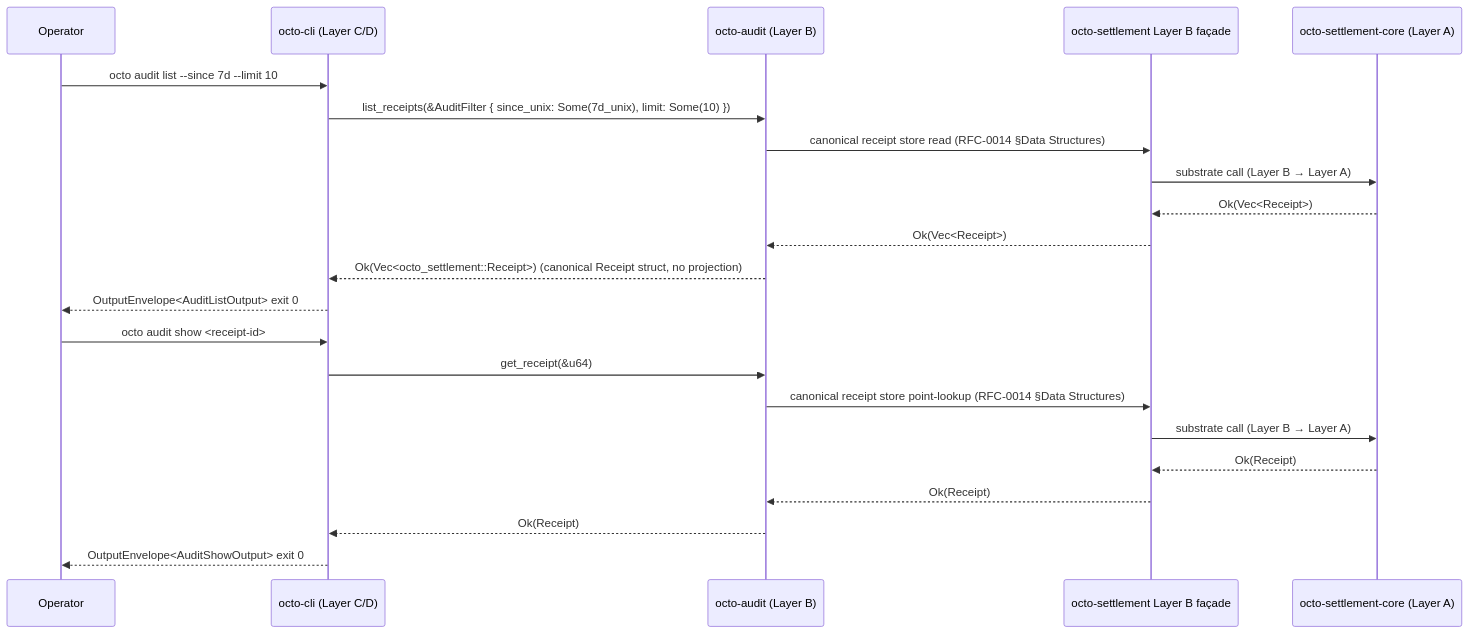
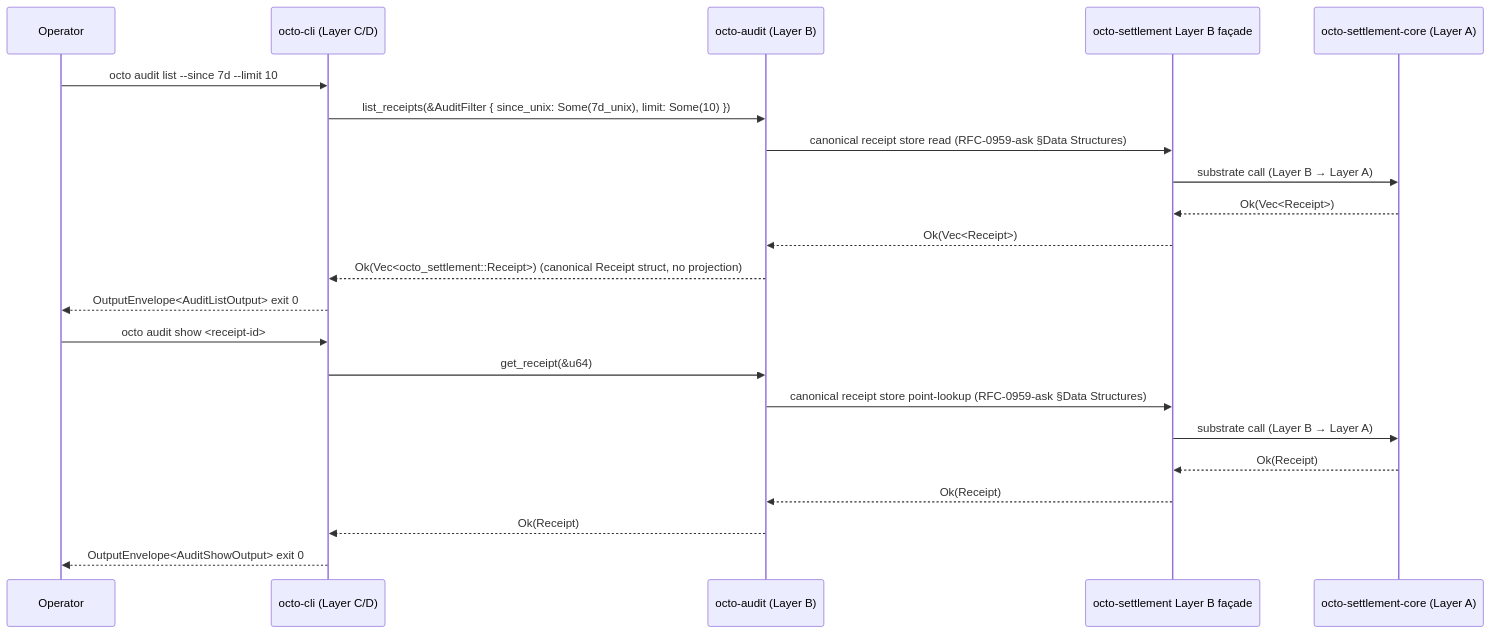
Before and after one commit to CipherOcto/cipherocto: the diagram in rfcs/draft/process/0016-audit-receipt-api.md, drawn with Mermaid. The commit also changed other lines of this file and 1 other file, not shown here.

````diff
--- a/rfcs/draft/process/0016-audit-receipt-api.md
+++ b/rfcs/draft/process/0016-audit-receipt-api.md
@@ -425,26 +425,26 @@
 ```mermaid
 sequenceDiagram
     participant Op as Operator
     participant CLI as octo-cli (Layer C/D)
     participant Aud as octo-audit (Layer B)
     participant Settle as octo-settlement Layer B façade
     participant SettleCore as octo-settlement-core (Layer A)
 
     Op->>CLI: octo audit list --since 7d --limit 10
     CLI->>Aud: list_receipts(&AuditFilter { since_unix: Some(7d_unix), limit: Some(10) })
-    Aud->>Settle: canonical receipt store read (RFC-0014 §Data Structures)
+    Aud->>Settle: canonical receipt store read (RFC-0959-ask §Data Structures)
     Settle->>SettleCore: substrate call (Layer B → Layer A)
     SettleCore-->>Settle: Ok(Vec<Receipt>)
     Settle-->>Aud: Ok(Vec<Receipt>)
     Aud-->>CLI: Ok(Vec<octo_settlement::Receipt>) (canonical Receipt struct, no projection)
     CLI-->>Op: OutputEnvelope<AuditListOutput> exit 0
 
     Op->>CLI: octo audit show <receipt-id>
     CLI->>Aud: get_receipt(&u64)
-    Aud->>Settle: canonical receipt store point-lookup (RFC-0014 §Data Structures)
+    Aud->>Settle: canonical receipt store point-lookup (RFC-0959-ask §Data Structures)
     Settle->>SettleCore: substrate call (Layer B → Layer A)
     SettleCore-->>Settle: Ok(Receipt)
     Settle-->>Aud: Ok(Receipt)
     Aud-->>CLI: Ok(Receipt)
     CLI-->>Op: OutputEnvelope<AuditShowOutput> exit 0
 ```
````
